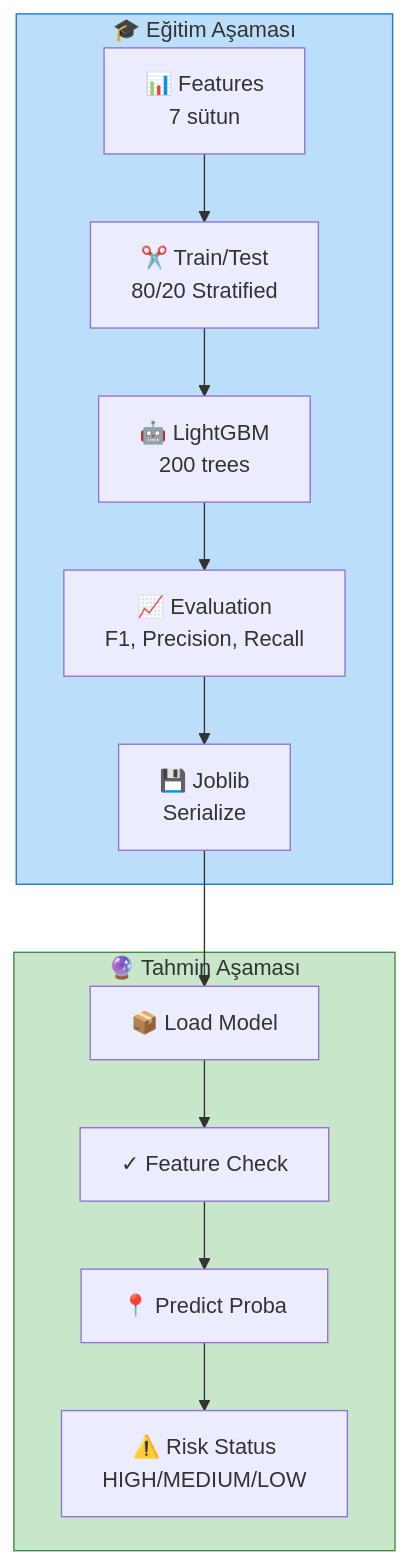
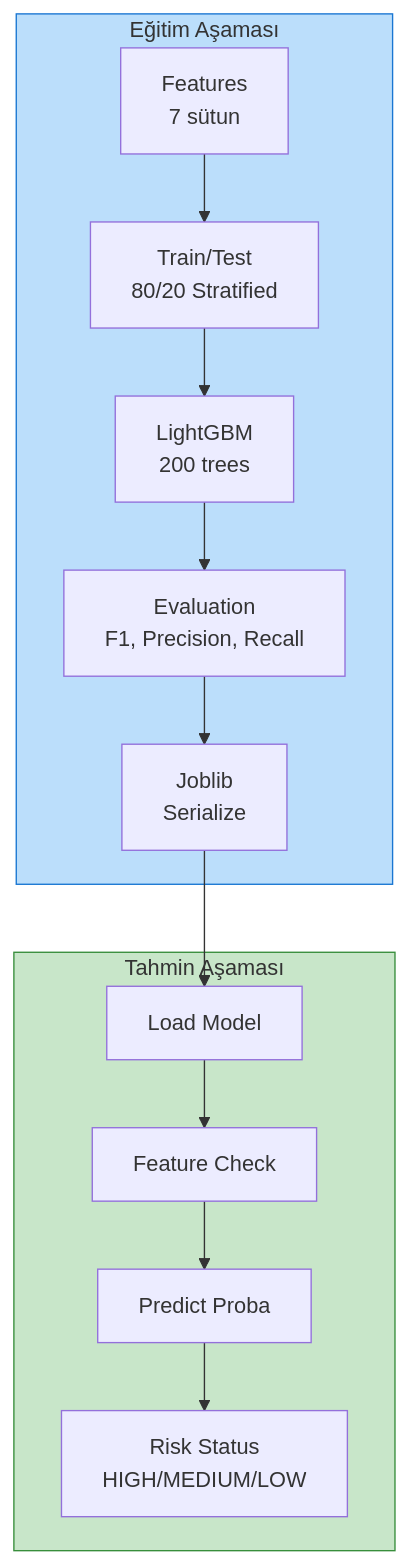
One commit to Hisimsek1/Perihelion.AI changed the third of 12 diagrams in docs/ARCHITECTURE.md. Above: the diagram before and after it, drawn with Mermaid. The commit also changed other lines of this file, not shown here.

Commit message:
Remove emojis from architecture diagrams for cleaner documentation

````diff
--- a/docs/ARCHITECTURE.md
+++ b/docs/ARCHITECTURE.md
@@ -153,30 +153,30 @@
 ```mermaid
 graph TB
-    subgraph Training["🎓 Eğitim Aşaması"]
-        Features["📊 Features<br/>7 sütun"]
-        Split["✂️ Train/Test<br/>80/20 Stratified"]
-        LGB["🤖 LightGBM<br/>200 trees"]
-        Eval["📈 Evaluation<br/>F1, Precision, Recall"]
-        Save["💾 Joblib<br/>Serialize"]
+    subgraph Training["Eğitim Aşaması"]
+        Features["Features<br/>7 sütun"]
+        Split["Train/Test<br/>80/20 Stratified"]
+        LGB["LightGBM<br/>200 trees"]
+        Eval["Evaluation<br/>F1, Precision, Recall"]
+        Save["Joblib<br/>Serialize"]
     end
     
-    subgraph Inference["🔮 Tahmin Aşaması"]
-        Load["📦 Load Model"]
-        Validate["✓ Feature Check"]
-        Predict["📍 Predict Proba"]
-        Risk["⚠️ Risk Status<br/>HIGH/MEDIUM/LOW"]
+    subgraph Inference["Tahmin Aşaması"]
+        Load["Load Model"]
+        Validate["Feature Check"]
+        Predict["Predict Proba"]
+        Risk["Risk Status<br/>HIGH/MEDIUM/LOW"]
     end
     
     Features --> Split
     Split --> LGB
     LGB --> Eval
     Eval --> Save
     
     Save --> Load
     Load --> Validate
     Validate --> Predict
     Predict --> Risk
     
     style Training fill:#bbdefb,stroke:#1976d2
     style Inference fill:#c8e6c9,stroke:#388e3c
 ```
````
